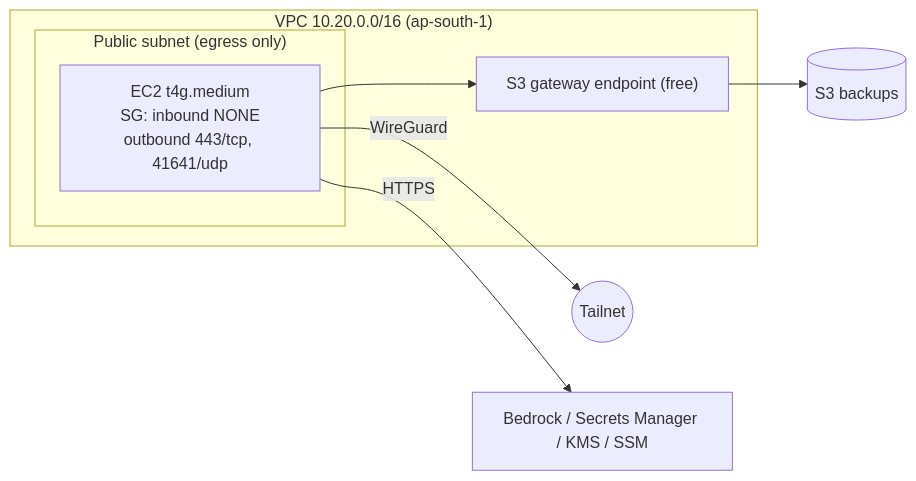
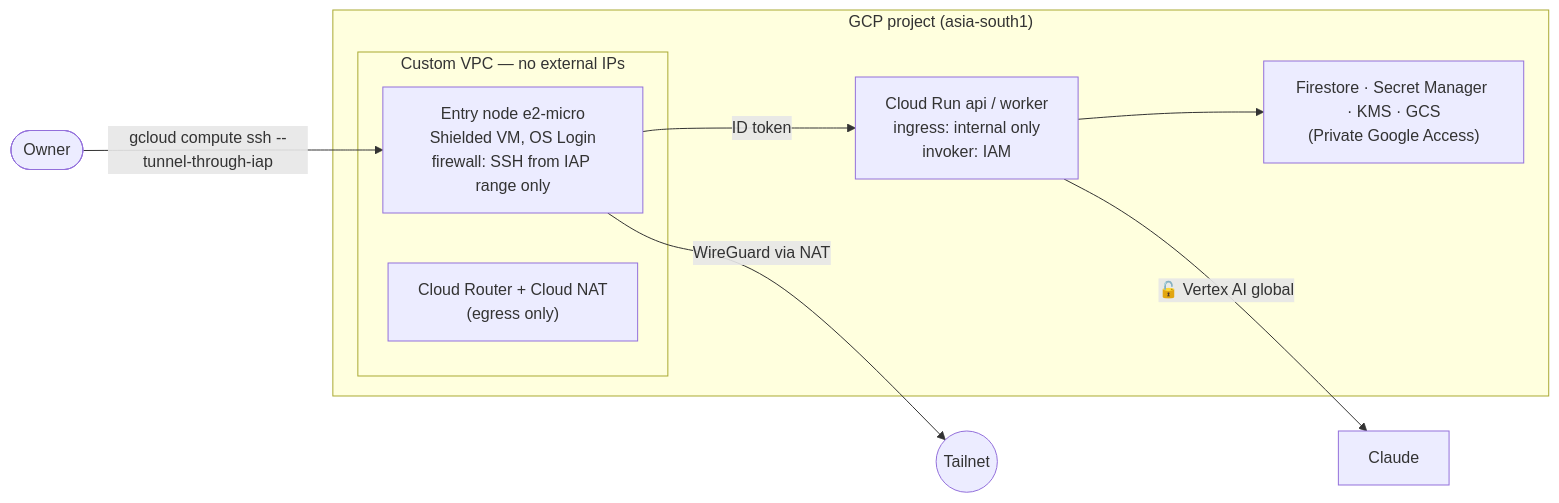
One commit to SharoffNIKHIL/Weekend2.0 changed the fifth of 5 diagrams in docs/DESIGN.md. Above: the diagram before and after it, drawn with Mermaid. The commit also changed other lines of this file and 91 other files, not shown here.

First line of the commit message:
feat(gcp)!: move Weekend 2.0 from AWS to Google Cloud (D4 decided)

````diff
--- a/docs/DESIGN.md
+++ b/docs/DESIGN.md
@@ -642,12 +646,16 @@
 ```mermaid
 flowchart LR
-  subgraph VPC["VPC 10.20.0.0/16 (ap-south-1)"]
-    subgraph PUB["Public subnet (egress only)"]
-      ec2["EC2 t4g.medium<br/>SG: inbound NONE<br/>outbound 443/tcp, 41641/udp"]
+  subgraph Project["GCP project (asia-south1)"]
+    subgraph VPC["Custom VPC — no external IPs"]
+      node["Entry node e2-micro<br/>Shielded VM, OS Login<br/>firewall: SSH from IAP range only"]
+      nat["Cloud Router + Cloud NAT<br/>(egress only)"]
     end
-    s3ep["S3 gateway endpoint (free)"]
+    run["Cloud Run api / worker<br/>ingress: internal only<br/>invoker: IAM"]
+    google["Firestore · Secret Manager · KMS · GCS<br/>(Private Google Access)"]
   end
-  ec2 -- WireGuard --> tsnet((Tailnet))
-  ec2 --> s3ep --> s3[(S3 backups)]
-  ec2 -- HTTPS --> aws[Bedrock / Secrets Manager / KMS / SSM]
+  node -- WireGuard via NAT --> tsnet((Tailnet))
+  node -- "ID token" --> run
+  run --> google
+  run -- "🔓 Vertex AI global" --> vertex[Claude]
+  admin([Owner]) -- "gcloud compute ssh --tunnel-through-iap" --> node
 ```
````
